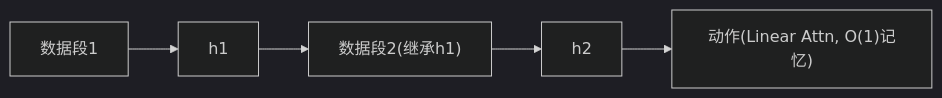
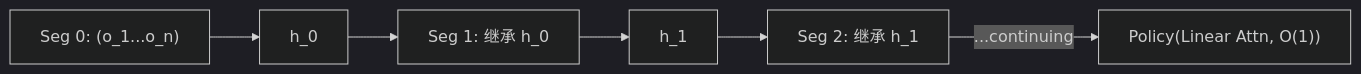
Before and after one commit to luohu-arch/physical_intelligence_study: the diagram in notes/memory/statelinformation.md, drawn with Mermaid (dark theme). The commit also changed other lines of this file and 3 other files, not shown here.

````diff
--- a/notes/memory/statelinformation.md
+++ b/notes/memory/statelinformation.md
@@ -21,7 +21,8 @@
 ```mermaid
 graph LR
-    SEG1["数据段1"] --> H1["h1"]
-    H1 --> SEG2["数据段2(继承h1)"]
-    SEG2 --> H2["h2"]
-    H2 --> ACT["动作(Linear Attn, O(1)记忆)"]
+    SEG0["Seg 0: (o_1...o_n)"] --> H0["h_0"]
+    H0 --> SEG1["Seg 1: 继承 h_0"]
+    SEG1 --> H1["h_1"]
+    H1 --> SEG2["Seg 2: 继承 h_1"]
+    SEG2 -->|"...continuing"| ACT["Policy(Linear Attn, O(1))"]
 ```
````
